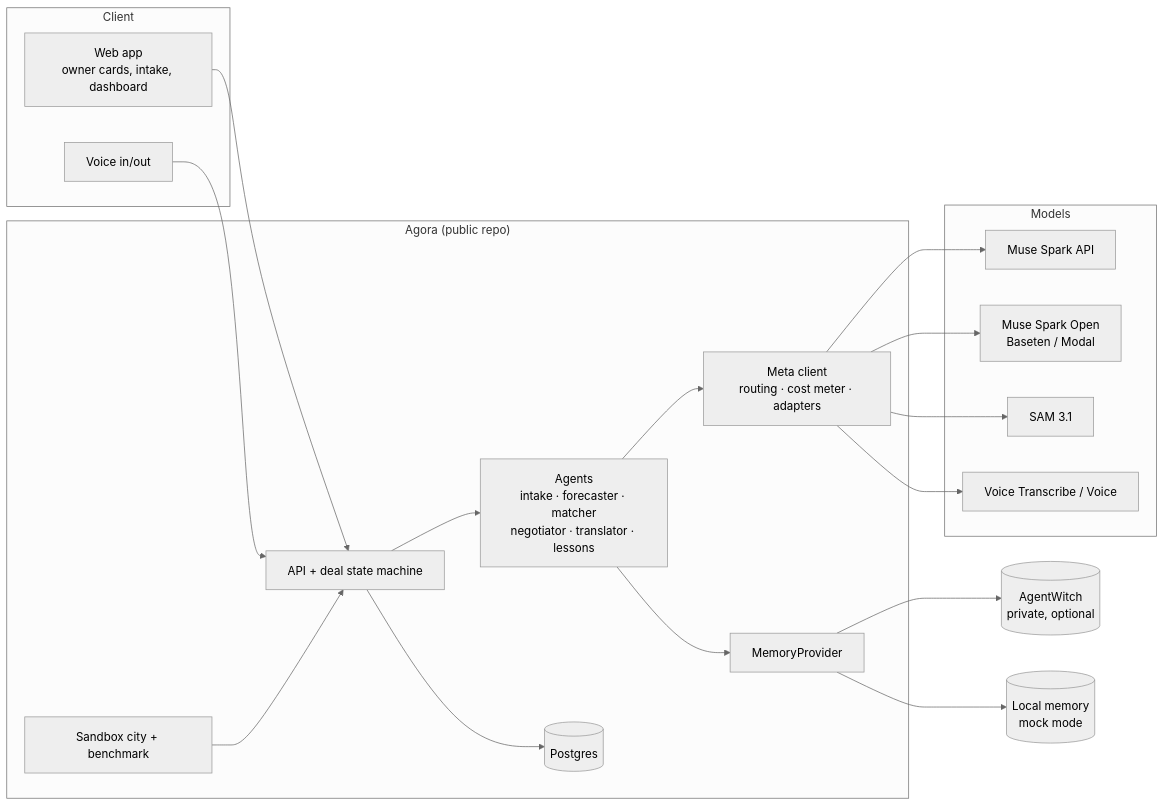
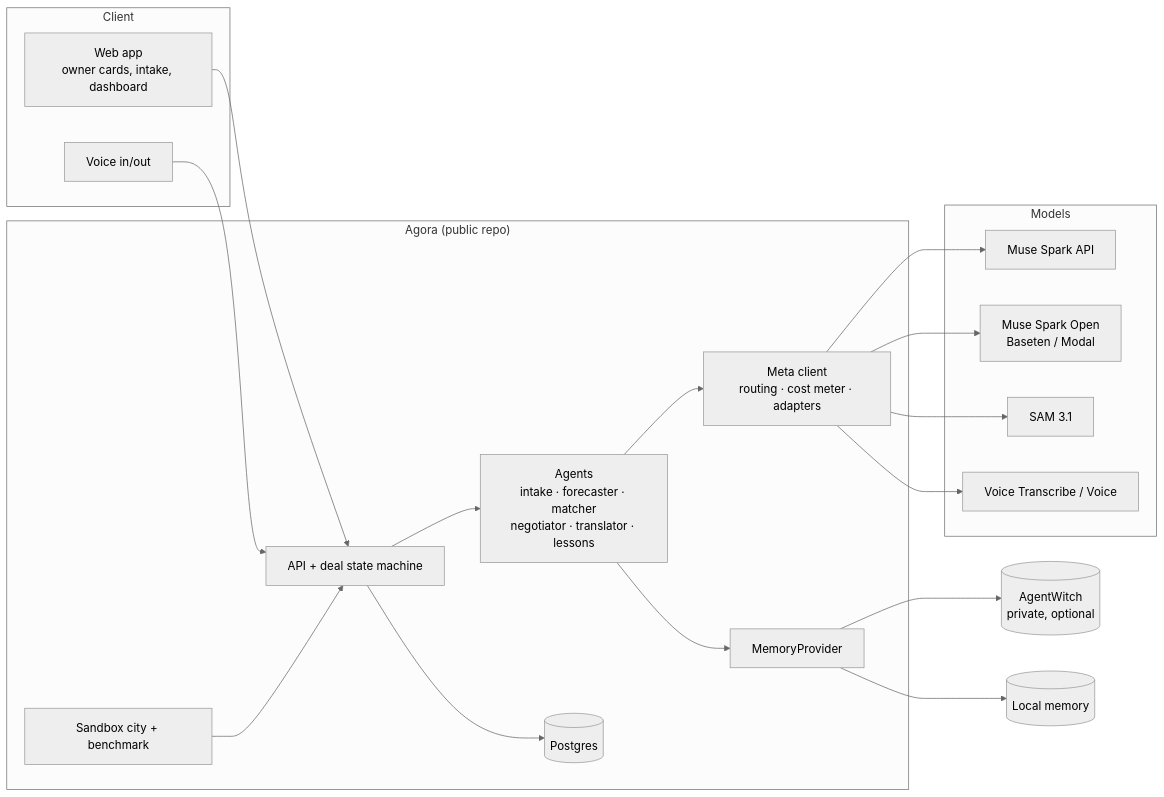
Before and after one commit to thiennp/agora: the diagram in docs/ARCHITECTURE.md, drawn with Mermaid (neutral theme). The commit also changed other lines of this file and 70 other files, not shown here.

````diff
--- a/docs/ARCHITECTURE.md
+++ b/docs/ARCHITECTURE.md
@@ -21,36 +21,36 @@
 ```mermaid
 flowchart LR
   subgraph Client
     UI[Web app\nowner cards, intake, dashboard]
     VOICE[Voice in/out]
   end
   subgraph Platform["Agora (public repo)"]
     API[API + deal state machine]
     AG[Agents\nintake · forecaster · matcher\nnegotiator · translator · lessons]
     META[Meta client\nrouting · cost meter · adapters]
     MEM[MemoryProvider]
     DB[(Postgres)]
     SIM[Sandbox city + benchmark]
   end
   subgraph Models
     SPARK[Muse Spark API]
     OPEN[Muse Spark Open\nBaseten / Modal]
     SAM[SAM 3.1]
     VT[Voice Transcribe / Voice]
   end
   AW[(AgentWitch\nprivate, optional)]
-  LOCAL[(Local memory\nmock mode)]
+  LOCAL[(Local memory)]
 
   UI --> API
   VOICE --> API
   API --> AG --> META
   META --> SPARK
   META --> OPEN
   META --> SAM
   META --> VT
   API --> DB
   AG --> MEM
   MEM --> AW
   MEM --> LOCAL
   SIM --> API
 ```
````
